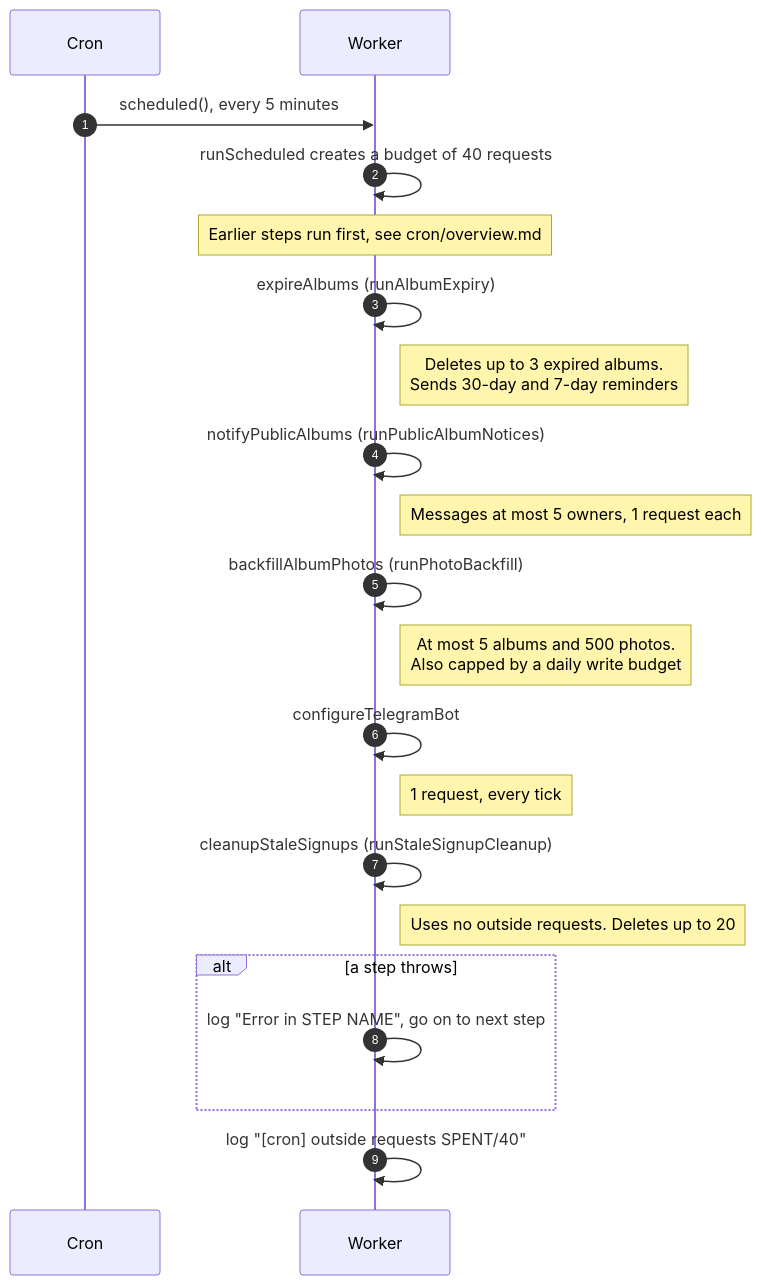
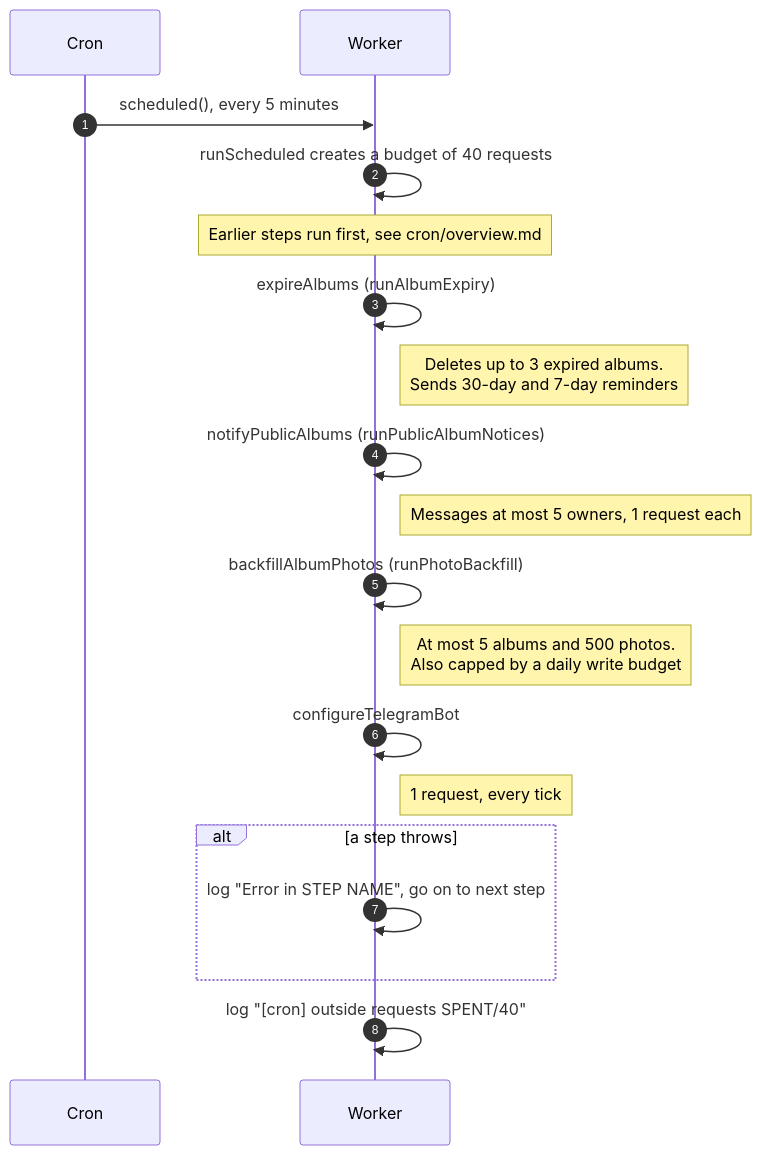
One commit to sagyzdop/meriksirat changed the diagram in docs/scenarios/cron/albums-and-housekeeping/run-order.md. Above: the diagram before and after it, drawn with Mermaid. The commit also changed other lines of this file and 37 other files, not shown here.

First line of the commit message:
feat(signup): terms on login, finished account at creation, drop stale-signup cleanup

````diff
--- a/docs/scenarios/cron/albums-and-housekeeping/run-order.md
+++ b/docs/scenarios/cron/albums-and-housekeeping/run-order.md
@@ -29,23 +28,21 @@
 ```mermaid
 sequenceDiagram
     autonumber
     participant Cron
     participant Worker
     Cron->>Worker: scheduled(), every 5 minutes
     Worker->>Worker: runScheduled creates a budget of 40 requests
     Note over Worker: Earlier steps run first, see cron/overview.md
     Worker->>Worker: expireAlbums (runAlbumExpiry)
     Note right of Worker: Deletes up to 3 expired albums.<br/>Sends 30-day and 7-day reminders
     Worker->>Worker: notifyPublicAlbums (runPublicAlbumNotices)
     Note right of Worker: Messages at most 5 owners, 1 request each
     Worker->>Worker: backfillAlbumPhotos (runPhotoBackfill)
     Note right of Worker: At most 5 albums and 500 photos.<br/>Also capped by a daily write budget
     Worker->>Worker: configureTelegramBot
     Note right of Worker: 1 request, every tick
-    Worker->>Worker: cleanupStaleSignups (runStaleSignupCleanup)
-    Note right of Worker: Uses no outside requests. Deletes up to 20
     alt a step throws
         Worker->>Worker: log "Error in STEP NAME", go on to next step
     end
     Worker->>Worker: log "[cron] outside requests SPENT/40"
 ```
````
